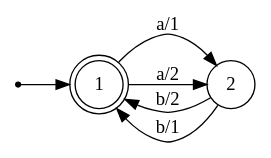
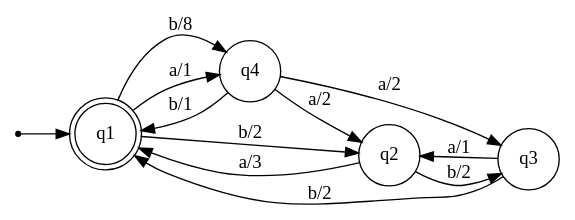
The diagram in input.dot (zenAndroid/oracle-extract), drawn with Graphviz before and after one commit. The commit also changed 5 other files, not shown here.

```diff
--- a/input.dot
+++ b/input.dot
@@ -1,11 +1,17 @@
 digraph Automaton {
     node [shape=point] INIT;
-    1 [shape="doublecircle"];
+    q1 [shape="doublecircle"];
     node [shape=circle];
     rankdir = LR;
-    INIT -> 1;
-    1 -> 2 [label="a/1"];
-    1 -> 2 [label="a/2"];
-    2 -> 1 [label="b/2"];
-    2 -> 1 [label="b/1"];
+    INIT -> q1;
+    q1 -> q2 [label="b/2"];
+    q1 -> q4 [label="b/8"];
+    q1 -> q4 [label="a/1"];
+    q2 -> q1 [label="a/3"];
+    q2 -> q3 [label="b/2"];
+    q4 -> q1 [label="b/1"];
+    q4 -> q3 [label="a/2"];
+    q4 -> q2 [label="a/2"];
+    q3 -> q2 [label="a/1"];
+    q3 -> q1 [label="b/2"];
 }
```
